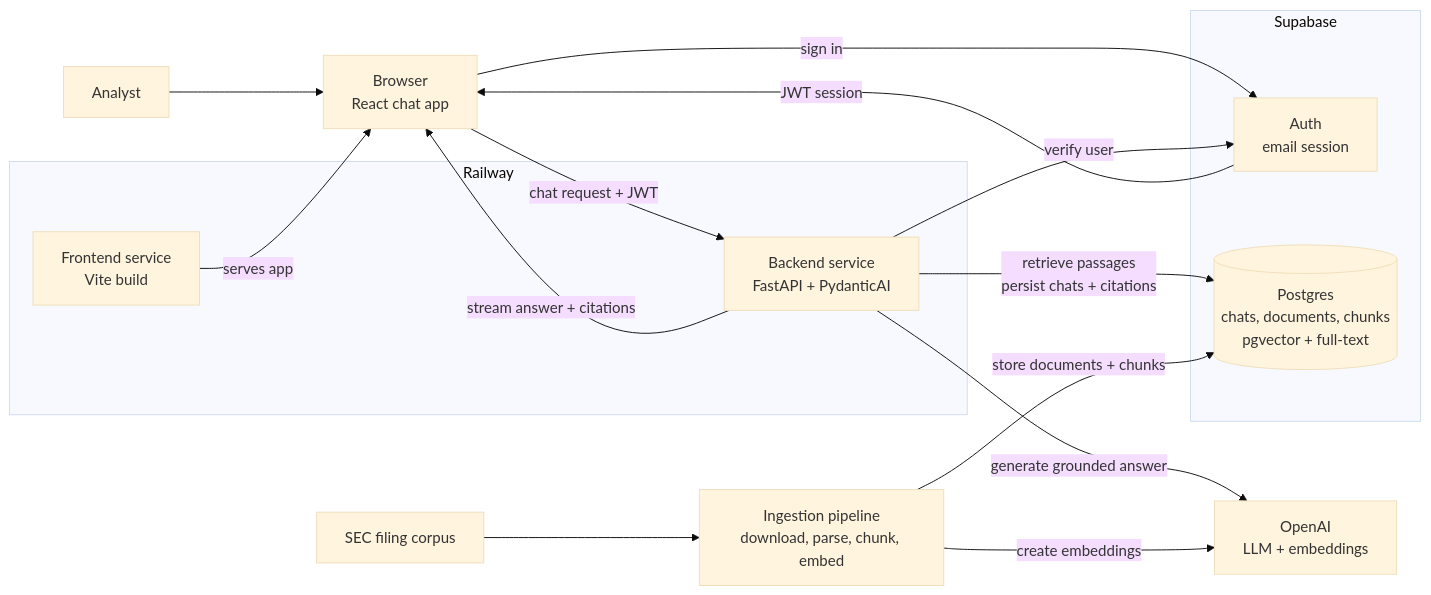
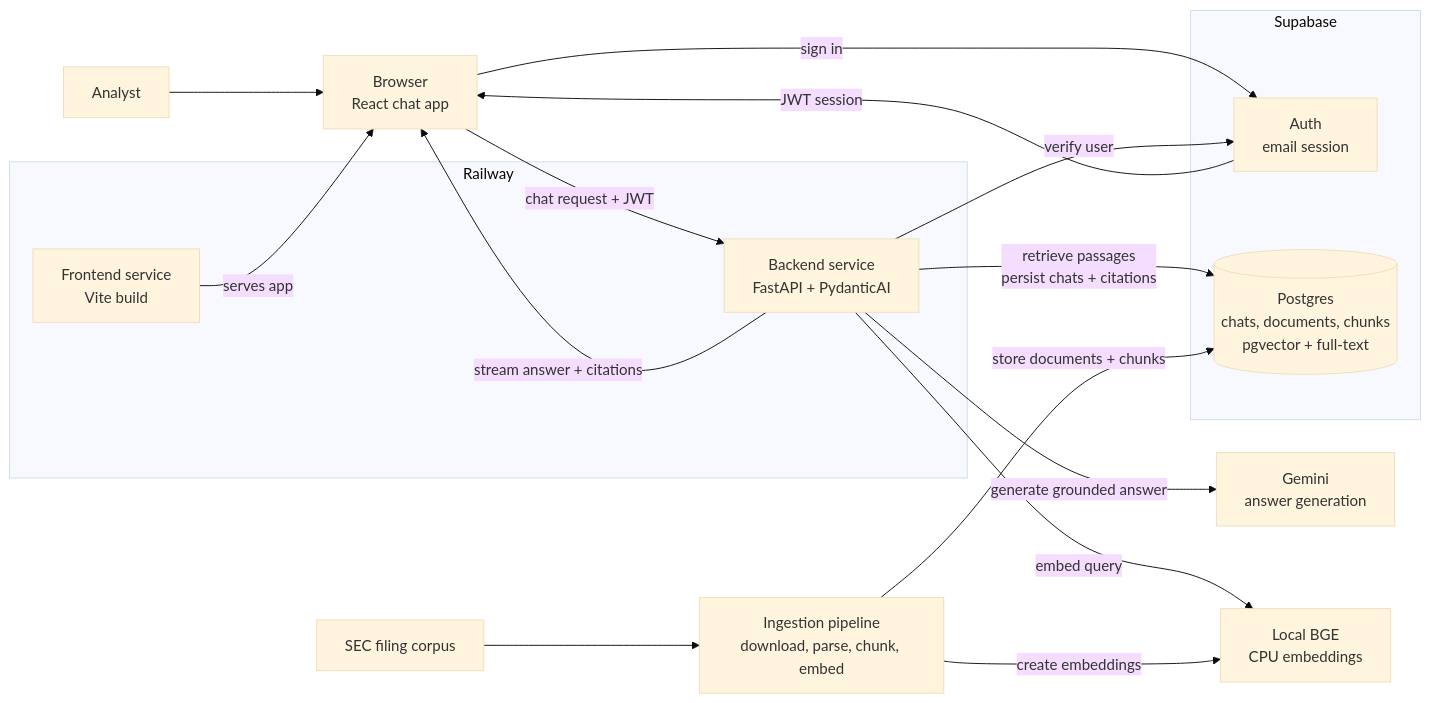
One commit to tanu15-png/Driftwood-AI changed the diagram in docs/architecture.md. Above: the diagram before and after it, drawn with Mermaid (base theme). The commit also changed other lines of this file and 61 other files, not shown here.

Commit message:
Gemini embedding model to hugging face local model and phase 6 implementation

````diff
--- a/docs/architecture.md
+++ b/docs/architecture.md
@@ -13,31 +20,33 @@
 ```mermaid
 flowchart LR
     user[Analyst] --> browser[Browser<br/>React chat app]
 
     subgraph railway[Railway]
         frontend[Frontend service<br/>Vite build]
         backend[Backend service<br/>FastAPI + PydanticAI]
     end
 
     subgraph supabase[Supabase]
         auth[Auth<br/>email session]
         db[(Postgres<br/>chats, documents, chunks<br/>pgvector + full-text)]
     end
 
-    openai[OpenAI<br/>LLM + embeddings]
+    gemini[Gemini<br/>answer generation]
+    embeddings[Local BGE<br/>CPU embeddings]
     corpus[SEC filing corpus]
     ingestion[Ingestion pipeline<br/>download, parse, chunk, embed]
 
     frontend -->|serves app| browser
     browser -->|sign in| auth
     auth -->|JWT session| browser
     browser -->|chat request + JWT| backend
     backend -->|verify user| auth
     backend -->|retrieve passages<br/>persist chats + citations| db
-    backend -->|generate grounded answer| openai
+    backend -->|generate grounded answer| gemini
+    backend -->|embed query| embeddings
     backend -->|stream answer + citations| browser
 
     corpus --> ingestion
-    ingestion -->|create embeddings| openai
+    ingestion -->|create embeddings| embeddings
     ingestion -->|store documents + chunks| db
 ```
````
